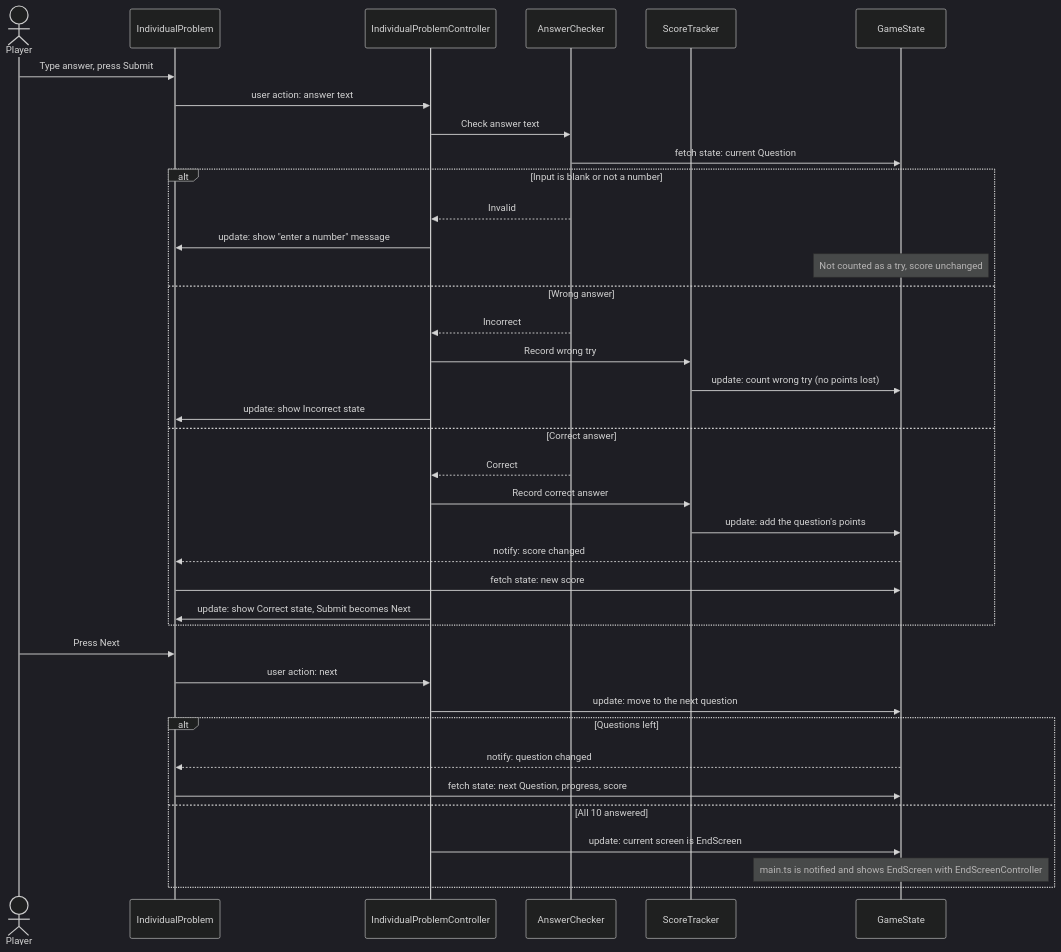
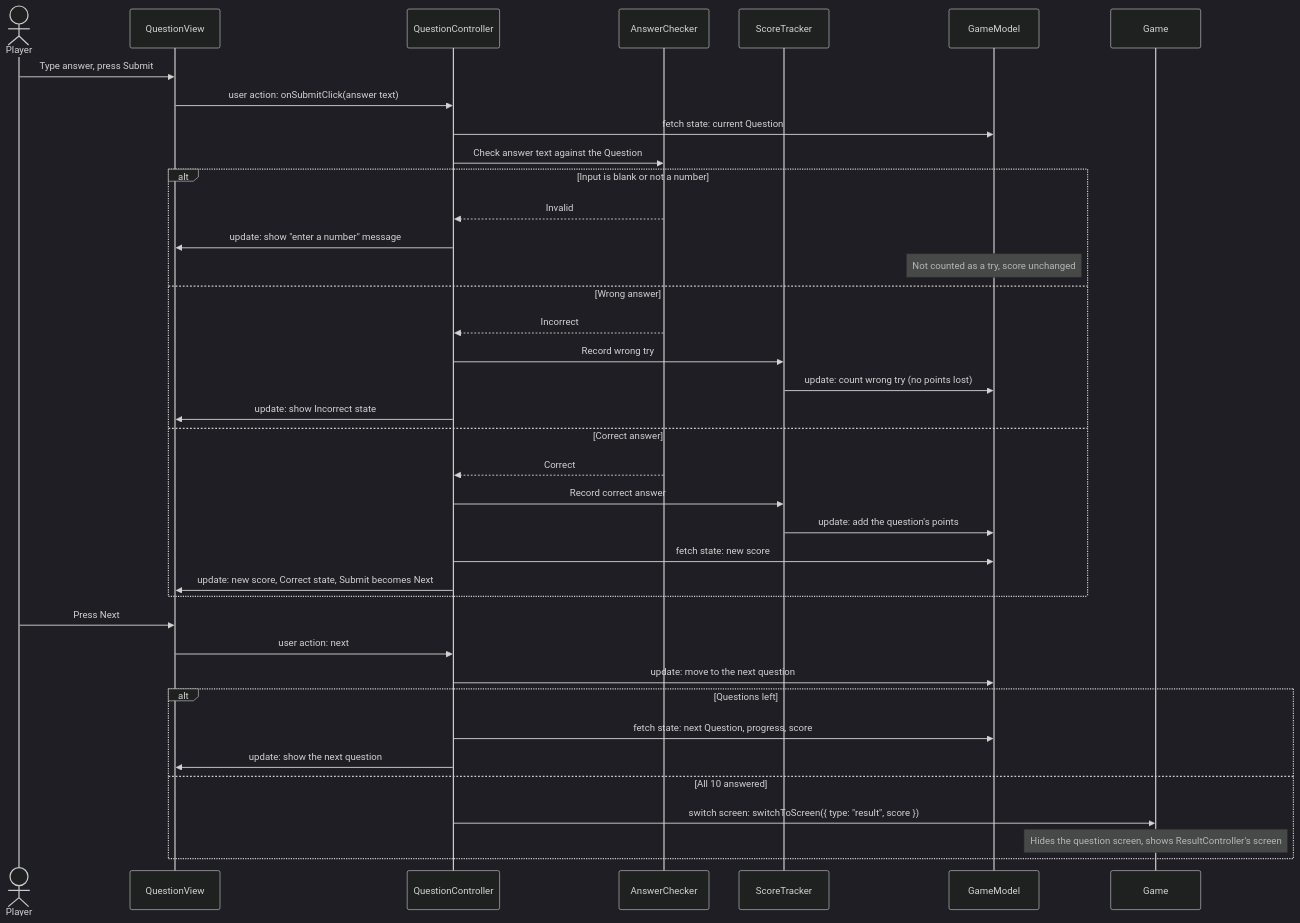
One commit to moonwav/cse110-group21 changed the first of 2 diagrams in docs/Architecture.md. Above: the diagram before and after it, drawn with Mermaid (dark theme). The commit also changed other lines of this file and 2 other files, not shown here.

Commit message:
Updated architecture to reflect MVC

````diff
--- a/docs/Architecture.md
+++ b/docs/Architecture.md
@@ -297,41 +325,41 @@
 ```mermaid
 sequenceDiagram
     actor Player
-    participant IndividualProblem
-    participant IndividualProblemController
+    participant QuestionView
+    participant QuestionController
     participant AnswerChecker
     participant ScoreTracker
-    participant GameState
+    participant GameModel
+    participant Game
 
-    Player->>IndividualProblem: Type answer, press Submit
-    IndividualProblem->>IndividualProblemController: user action: answer text
-    IndividualProblemController->>AnswerChecker: Check answer text
-    AnswerChecker->>GameState: fetch state: current Question
+    Player->>QuestionView: Type answer, press Submit
+    QuestionView->>QuestionController: user action: onSubmitClick(answer text)
+    QuestionController->>GameModel: fetch state: current Question
+    QuestionController->>AnswerChecker: Check answer text against the Question
     alt Input is blank or not a number
-        AnswerChecker-->>IndividualProblemController: Invalid
-        IndividualProblemController->>IndividualProblem: update: show "enter a number" message
-        Note over GameState: Not counted as a try, score unchanged
+        AnswerChecker-->>QuestionController: Invalid
+        QuestionController->>QuestionView: update: show "enter a number" message
+        Note over GameModel: Not counted as a try, score unchanged
     else Wrong answer
-        AnswerChecker-->>IndividualProblemController: Incorrect
-        IndividualProblemController->>ScoreTracker: Record wrong try
-        ScoreTracker->>GameState: update: count wrong try (no points lost)
-        IndividualProblemController->>IndividualProblem: update: show Incorrect state
+        AnswerChecker-->>QuestionController: Incorrect
+        QuestionController->>ScoreTracker: Record wrong try
+        ScoreTracker->>GameModel: update: count wrong try (no points lost)
+        QuestionController->>QuestionView: update: show Incorrect state
     else Correct answer
-        AnswerChecker-->>IndividualProblemController: Correct
-        IndividualProblemController->>ScoreTracker: Record correct answer
-        ScoreTracker->>GameState: update: add the question's points
-        GameState-->>IndividualProblem: notify: score changed
-        IndividualProblem->>GameState: fetch state: new score
-        IndividualProblemController->>IndividualProblem: update: show Correct state, Submit becomes Next
+        AnswerChecker-->>QuestionController: Correct
+        QuestionController->>ScoreTracker: Record correct answer
+        ScoreTracker->>GameModel: update: add the question's points
+        QuestionController->>GameModel: fetch state: new score
+        QuestionController->>QuestionView: update: new score, Correct state, Submit becomes Next
     end
-    Player->>IndividualProblem: Press Next
-    IndividualProblem->>IndividualProblemController: user action: next
-    IndividualProblemController->>GameState: update: move to the next question
+    Player->>QuestionView: Press Next
+    QuestionView->>QuestionController: user action: next
+    QuestionController->>GameModel: update: move to the next question
     alt Questions left
-        GameState-->>IndividualProblem: notify: question changed
-        IndividualProblem->>GameState: fetch state: next Question, progress, score
+        QuestionController->>GameModel: fetch state: next Question, progress, score
+        QuestionController->>QuestionView: update: show the next question
     else All 10 answered
-        IndividualProblemController->>GameState: update: current screen is EndScreen
-        Note over GameState: main.ts is notified and shows EndScreen with EndScreenController
+        QuestionController->>Game: switch screen: switchToScreen({ type: "result", score })
+        Note over Game: Hides the question screen, shows ResultController's screen
     end
 ```
````
